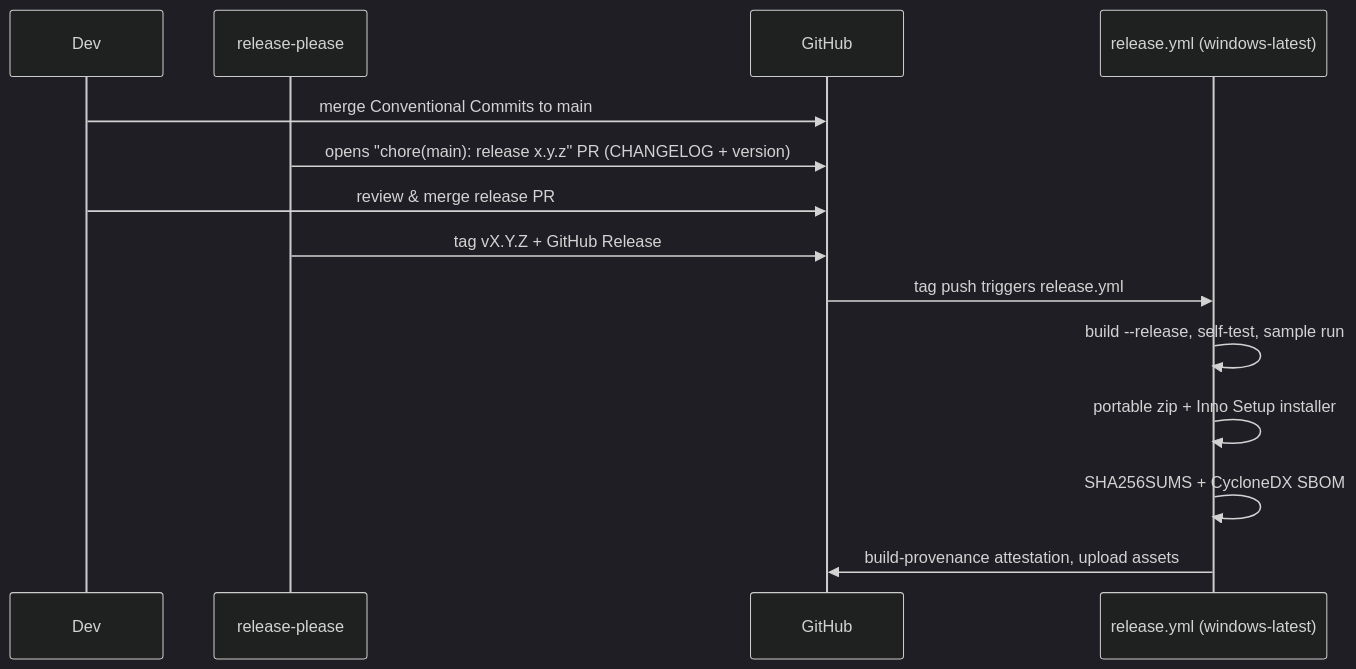
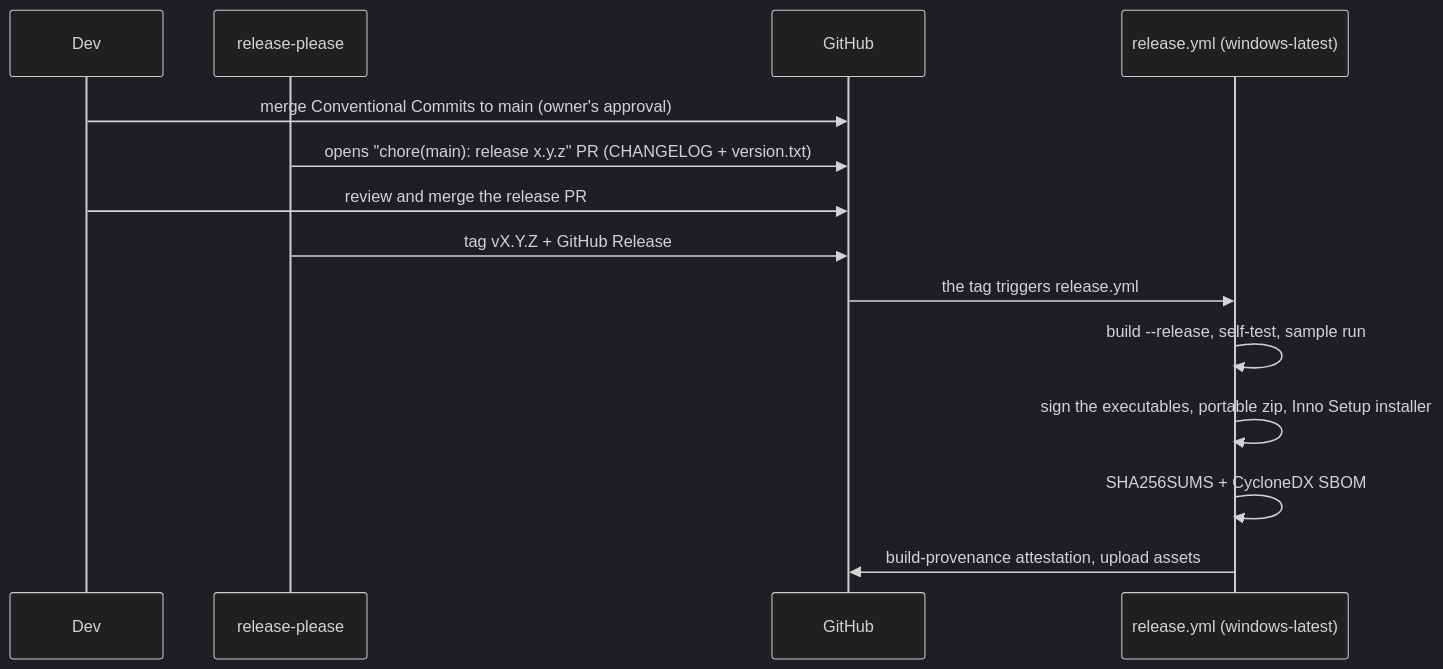
Before and after one commit to Panacota96/rv-mailauth: the fourth of 4 diagrams in docs/development.md, drawn with Mermaid (dark theme). The commit also changed other lines of this file and 101 other files, not shown here.

````diff
--- a/docs/development.md
+++ b/docs/development.md
@@ -43,16 +118,16 @@
 ```mermaid
 sequenceDiagram
     participant Dev
     participant RP as release-please
     participant GH as GitHub
     participant W as release.yml (windows-latest)
-    Dev->>GH: merge Conventional Commits to main
-    RP->>GH: opens "chore(main): release x.y.z" PR (CHANGELOG + version)
-    Dev->>GH: review & merge release PR
+    Dev->>GH: merge Conventional Commits to main (owner's approval)
+    RP->>GH: opens "chore(main): release x.y.z" PR (CHANGELOG + version.txt)
+    Dev->>GH: review and merge the release PR
     RP->>GH: tag vX.Y.Z + GitHub Release
-    GH->>W: tag push triggers release.yml
+    GH->>W: the tag triggers release.yml
     W->>W: build --release, self-test, sample run
-    W->>W: portable zip + Inno Setup installer
+    W->>W: sign the executables, portable zip, Inno Setup installer
     W->>W: SHA256SUMS + CycloneDX SBOM
     W->>GH: build-provenance attestation, upload assets
 ```
````
